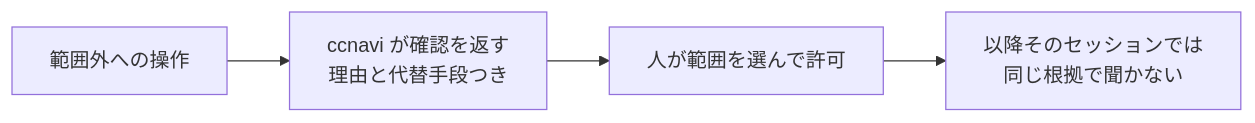
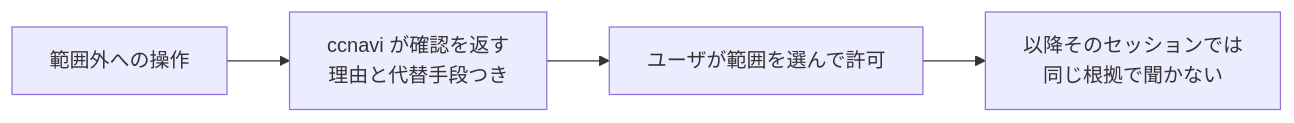
Before and after one commit to yuki-matsu783/ccnavi: the third of 4 diagrams in requirements.md, drawn with Mermaid. The commit also changed other lines of this file and 320 other files, not shown here.

````diff
--- a/requirements.md
+++ b/requirements.md
@@ -616,6 +616,6 @@
 ```mermaid
 flowchart LR
   A[範囲外への操作] --> B[ccnavi が確認を返す<br/>理由と代替手段つき]
-  B --> C[人が範囲を選んで許可]
+  B --> C[ユーザが範囲を選んで許可]
   C --> D[以降そのセッションでは<br/>同じ根拠で聞かない]
 ```
````
